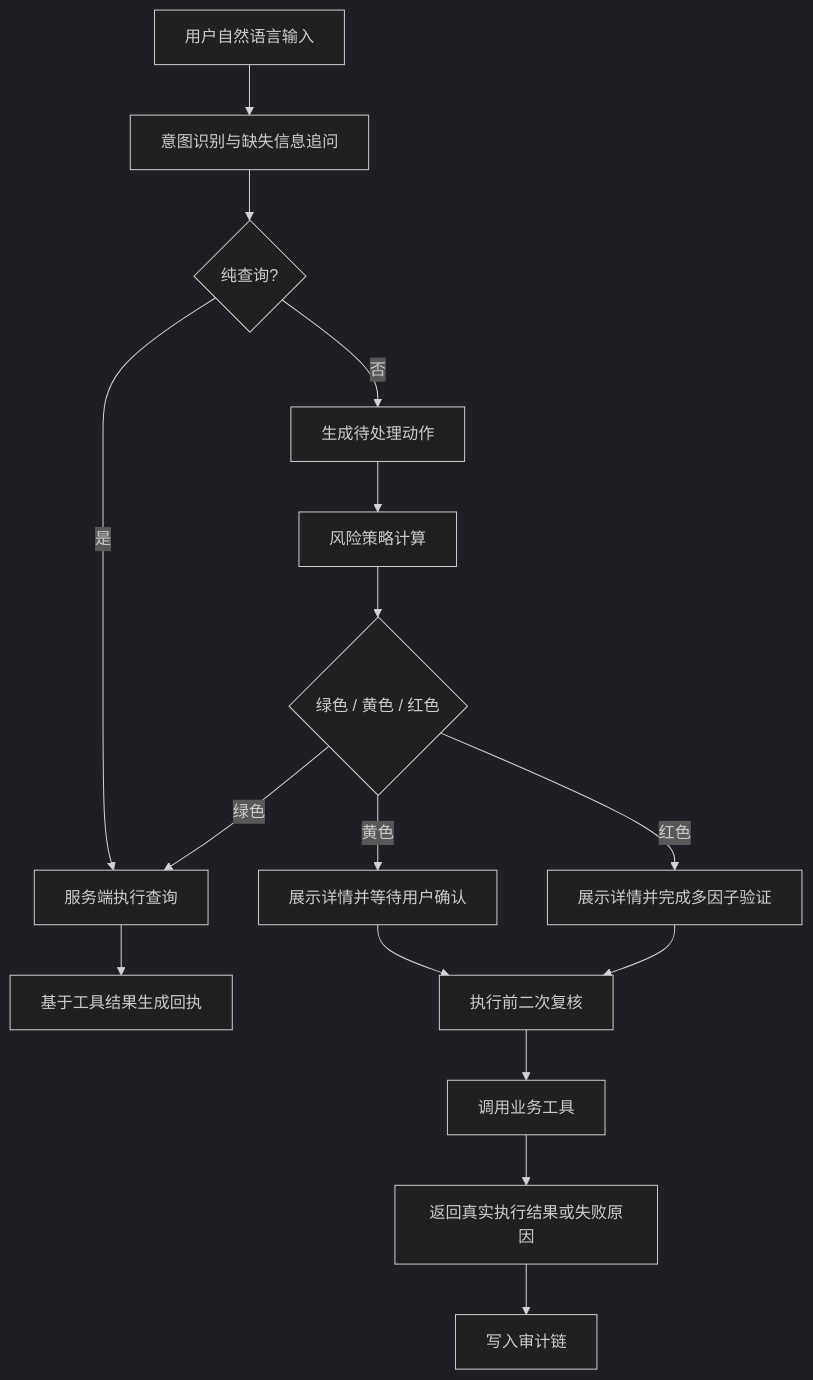
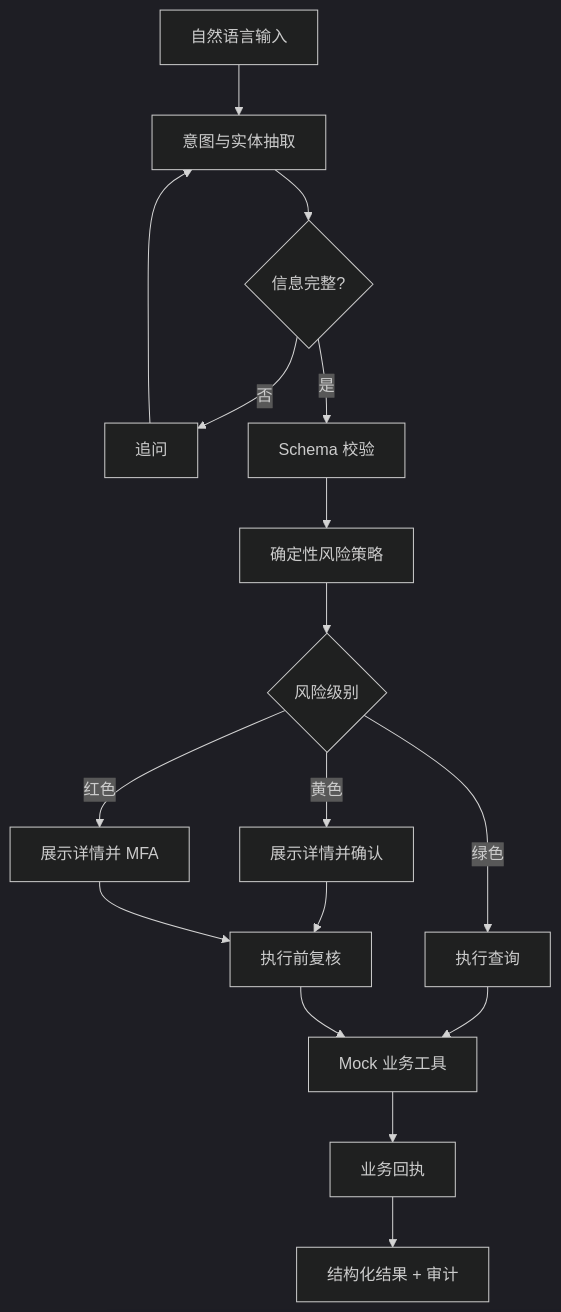
One commit to cffa-as/bankagent changed the first of 3 diagrams in docs/技术方案.md. Above: the diagram before and after it, drawn with Mermaid (dark theme). The commit also changed other lines of this file and 3 other files, not shown here.

````diff
--- a/docs/技术方案.md
+++ b/docs/技术方案.md
@@ -52,18 +35,19 @@
 ```mermaid
 flowchart TD
-    A[用户自然语言输入] --> B[意图识别与缺失信息追问]
-    B --> C{纯查询?}
-    C -->|是| D[服务端执行查询]
-    D --> E[基于工具结果生成回执]
-    C -->|否| F[生成待处理动作]
-    F --> G[风险策略计算]
-    G --> H{绿色 / 黄色 / 红色}
-    H -->|绿色| D
-    H -->|黄色| I[展示详情并等待用户确认]
-    H -->|红色| J[展示详情并完成多因子验证]
-    I --> K[执行前二次复核]
+    A[自然语言输入] --> B[意图与实体抽取]
+    B --> C{信息完整?}
+    C -->|否| D[追问]
+    D --> B
+    C -->|是| E[Schema 校验]
+    E --> F[确定性风险策略]
+    F --> G{风险级别}
+    G -->|绿色| H[执行查询]
+    G -->|黄色| I[展示详情并确认]
+    G -->|红色| J[展示详情并 MFA]
+    I --> K[执行前复核]
     J --> K
-    K --> L[调用业务工具]
-    L --> M[返回真实执行结果或失败原因]
-    M --> N[写入审计链]
+    H --> L[Mock 业务工具]
+    K --> L
+    L --> M[业务回执]
+    M --> N[结构化结果 + 审计]
 ```
````
